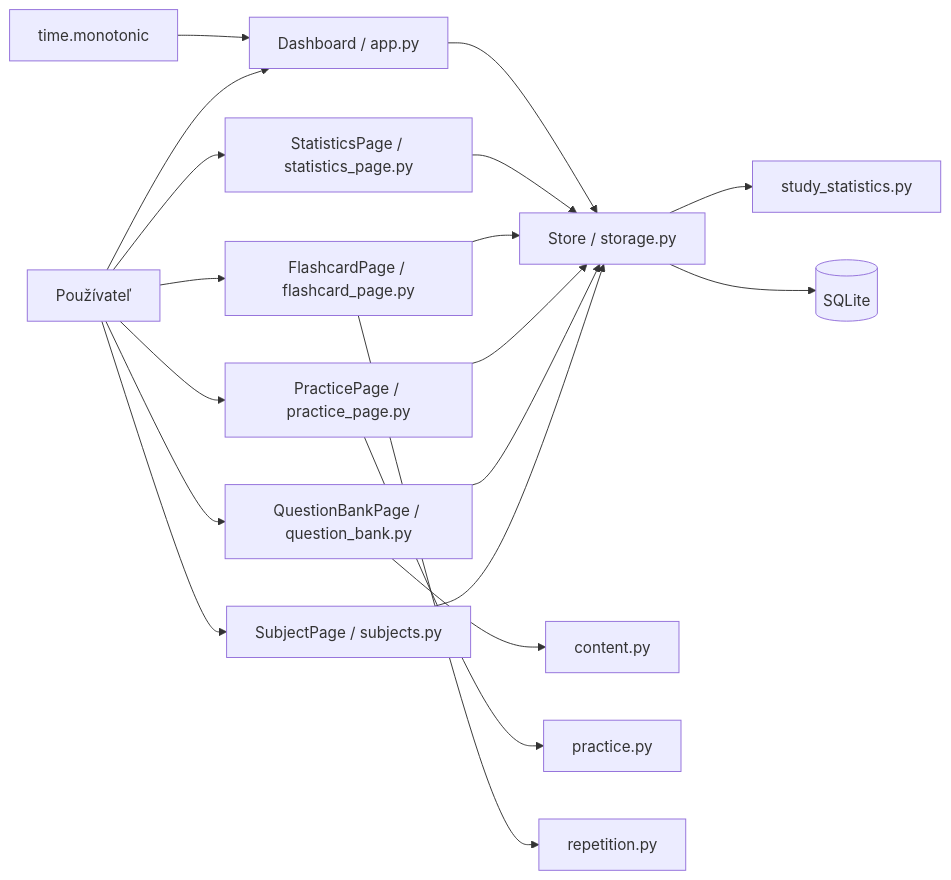
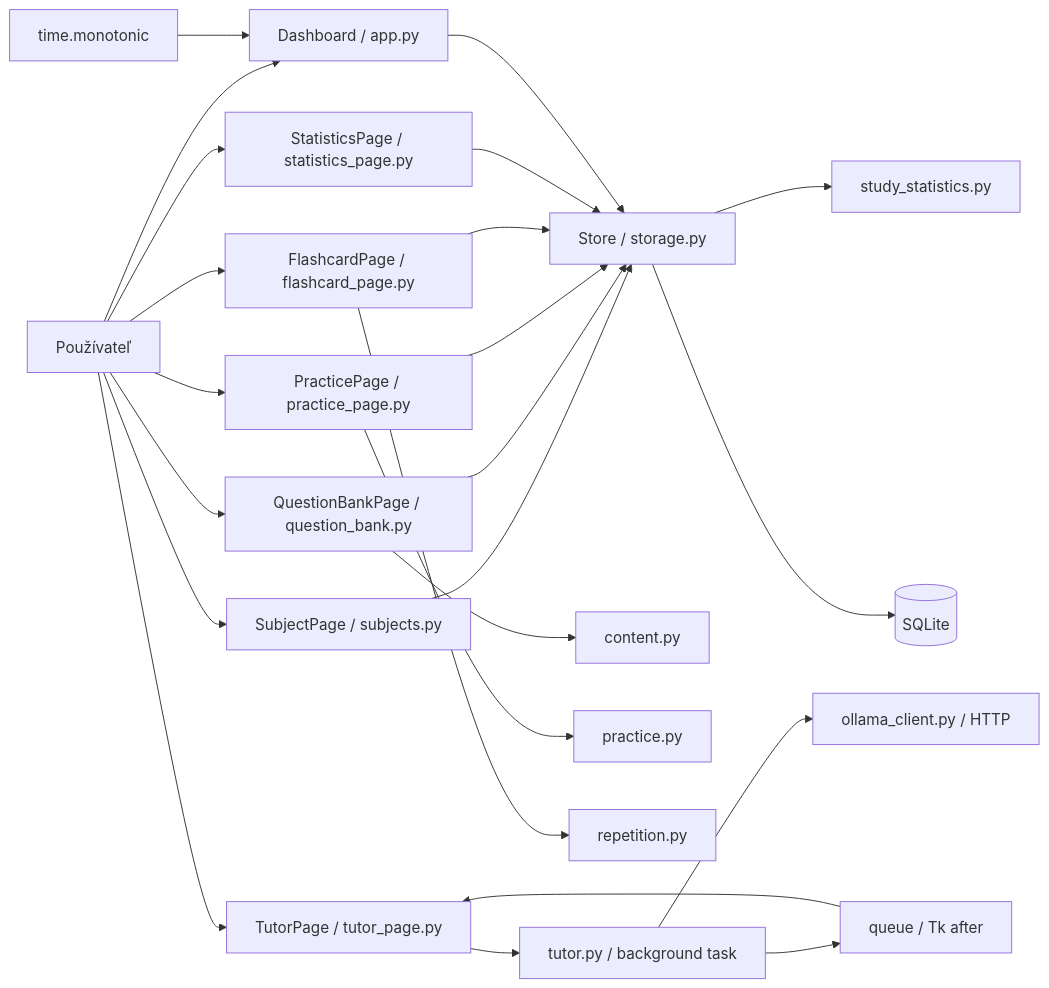
One commit to turcinv/SOSkuska changed the diagram in docs/sk/CURRENT_ARCHITECTURE.md. Above: the diagram before and after it, drawn with Mermaid. The commit also changed other lines of this file and 42 other files, not shown here.

First line of the commit message:
Add optional Ollama AI Tutor with streaming and cancellation (#11)

````diff
--- a/docs/sk/CURRENT_ARCHITECTURE.md
+++ b/docs/sk/CURRENT_ARCHITECTURE.md
@@ -22,21 +23,26 @@
 ```mermaid
 flowchart LR
     User[Používateľ] --> Dashboard[Dashboard / app.py]
     User --> Subjects[SubjectPage / subjects.py]
     Subjects --> Store[Store / storage.py]
     User --> Questions[QuestionBankPage / question_bank.py]
     Questions --> Validation[content.py]
     Questions --> Store
     User --> Practice[PracticePage / practice_page.py]
     Practice --> Rules[practice.py]
     Practice --> Store
     User --> Flashcards[FlashcardPage / flashcard_page.py]
     Flashcards --> Repetition[repetition.py]
     Flashcards --> Store
     User --> Statistics[StatisticsPage / statistics_page.py]
     Statistics --> Store
     Store --> Report[study_statistics.py]
+    User --> Tutor[TutorPage / tutor_page.py]
+    Tutor --> Jobs[tutor.py / background task]
+    Jobs --> Ollama[ollama_client.py / HTTP]
+    Jobs --> Queue[queue / Tk after]
+    Queue --> Tutor
     Dashboard --> Store
     Store --> DB[(SQLite)]
     Clock[time.monotonic] --> Dashboard
 ```
````
